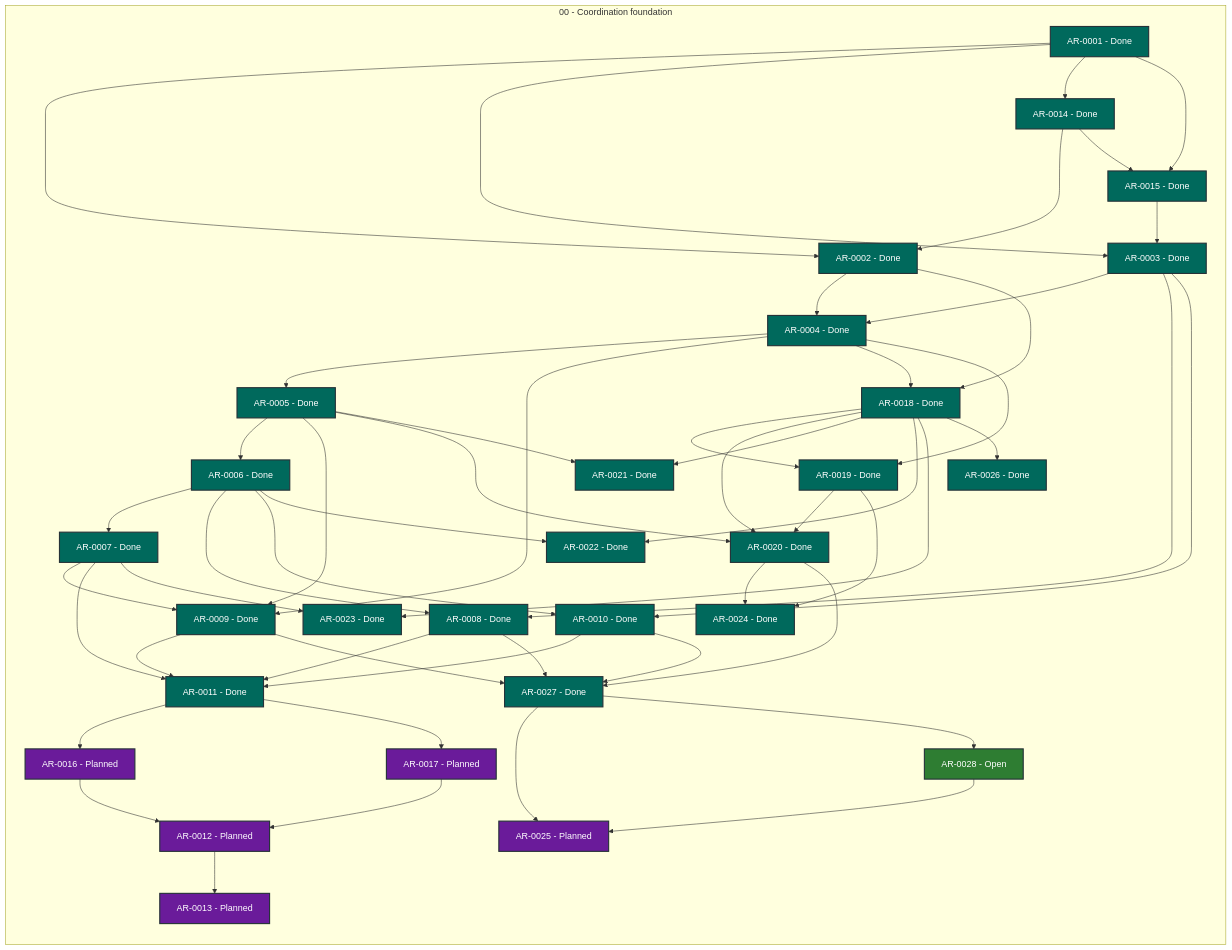
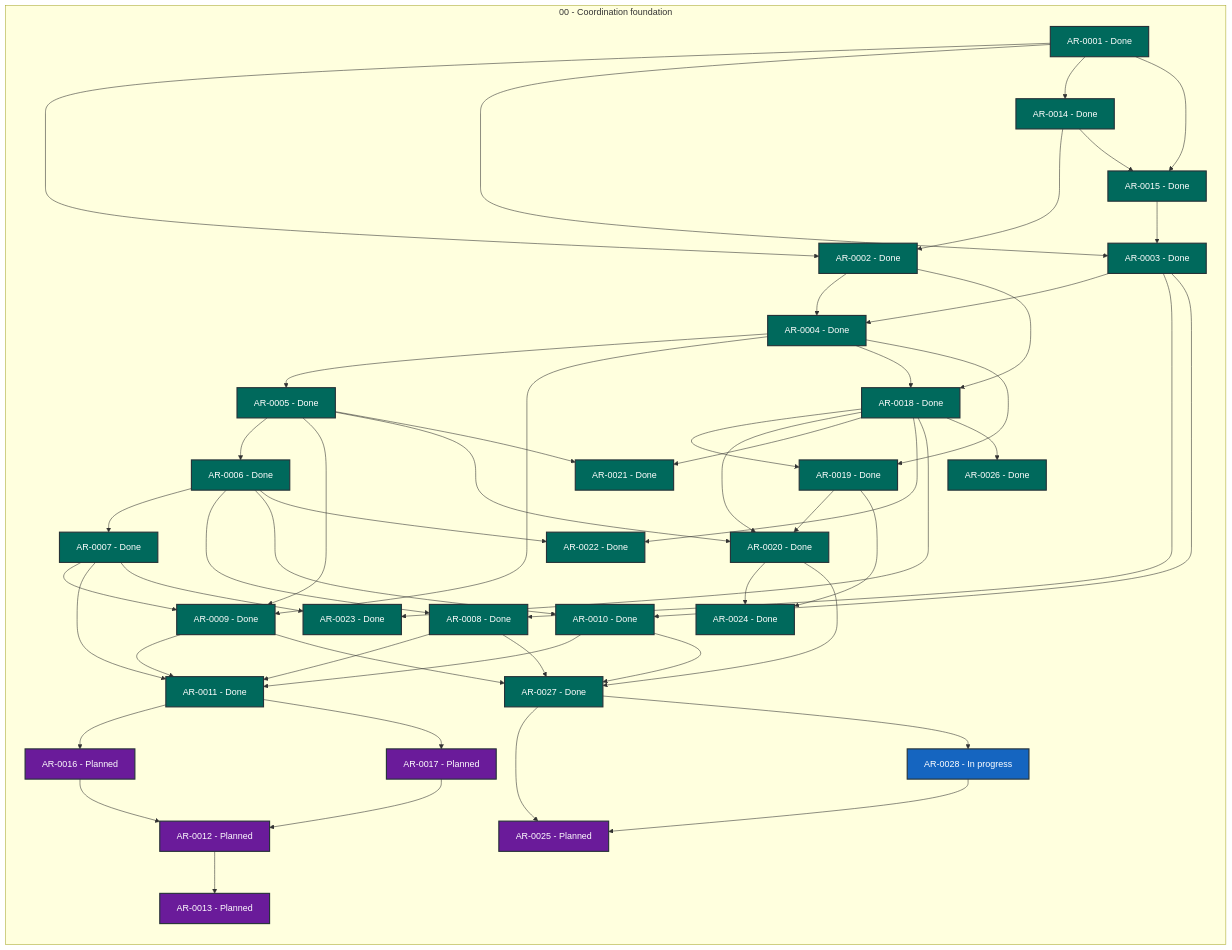
The diagram in STATUS.md (martin-beck/agent-workflow-tui-state), drawn with Mermaid before and after one commit. The commit also changed other lines of this file and 2 other files, not shown here.

```diff
--- a/STATUS.md
+++ b/STATUS.md
@@ -55,7 +55,7 @@
         AR_0025["AR-0025 - Planned"]:::status_planned
         AR_0026["AR-0026 - Done"]:::status_done
         AR_0027["AR-0027 - Done"]:::status_done
-        AR_0028["AR-0028 - Open"]:::status_open
+        AR_0028["AR-0028 - In progress"]:::status_in_progress
     end
     AR_0001 --> AR_0002
     AR_0001 --> AR_0003
```
